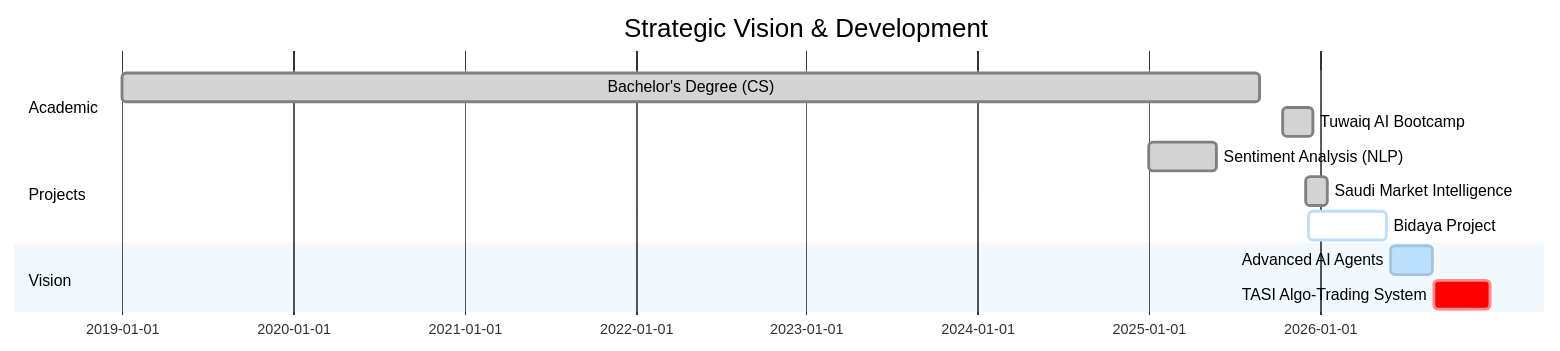
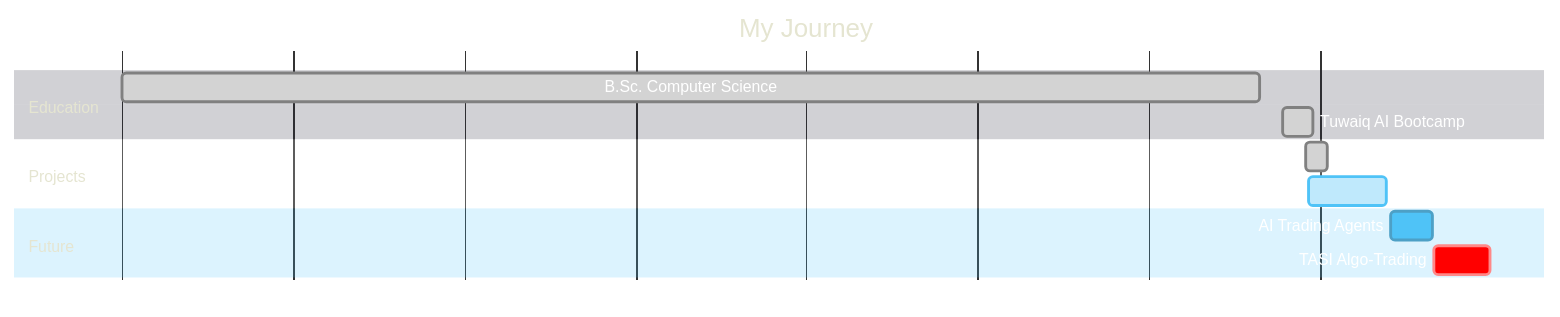
The diagram in README.md (Abdulrahman-S-Asiri/Abdulrahman-S-Asiri), drawn with Mermaid before and after one commit. The commit also changed other lines of this file, not shown here.

````diff
--- a/README.md
+++ b/README.md
@@ -131,27 +158,25 @@
 ```mermaid
 %%{init: { 'theme': 'base', 'themeVariables': {
-    'primaryColor': '#BBDEFB',
-    'secondaryColor': '#FFF9C4',
-    'tertiaryColor': '#fff',
-    'titleColor': '#000000',
-    'textColor': '#000000',
-    'taskTextDarkColor': '#000000',
-    'taskTextLightColor': '#000000'
+    'primaryColor': '#4FC3F7',
+    'secondaryColor': '#0D1117',
+    'tertiaryColor': '#1a1a2e',
+    'primaryTextColor': '#ffffff',
+    'secondaryTextColor': '#4FC3F7',
+    'lineColor': '#4FC3F7'
 } } }%%
 gantt
-    title Strategic Vision & Development
-    dateFormat  YYYY-MM-DD
+    title My Journey
+    dateFormat YYYY-MM-DD
 
-    section Academic
-    Bachelor's Degree (CS)         :done,    edu1, 2019-01-01, 2025-08-24
-    Tuwaiq AI Bootcamp             :done,    edu2, 2025-10-12, 2025-12-18
+    section Education
+    B.Sc. Computer Science    :done, 2019-01-01, 2025-08-24
+    Tuwaiq AI Bootcamp        :done, 2025-10-12, 2025-12-18
 
     section Projects
-    Sentiment Analysis (NLP)       :done,    proj1, 2025-01-01, 2025-05-24
-    Saudi Market Intelligence      :done,    proj2, 2025-12-01, 2026-01-17
-    Bidaya Project                 :active,  proj3, 2025-12-07, 2026-05-24
+    Saudi Market Intelligence :done, 2025-12-01, 2026-01-17
+    Bidaya AI Coach           :active, 2025-12-07, 2026-05-24
 
-    section Vision
-    Advanced AI Agents             :         future1, 2026-06-01, 90d
-    TASI Algo-Trading System       :crit,    future2, 2026-09-01, 120d
+    section Future
+    AI Trading Agents         :2026-06-01, 90d
+    TASI Algo-Trading         :crit, 2026-09-01, 120d
 ```
````
